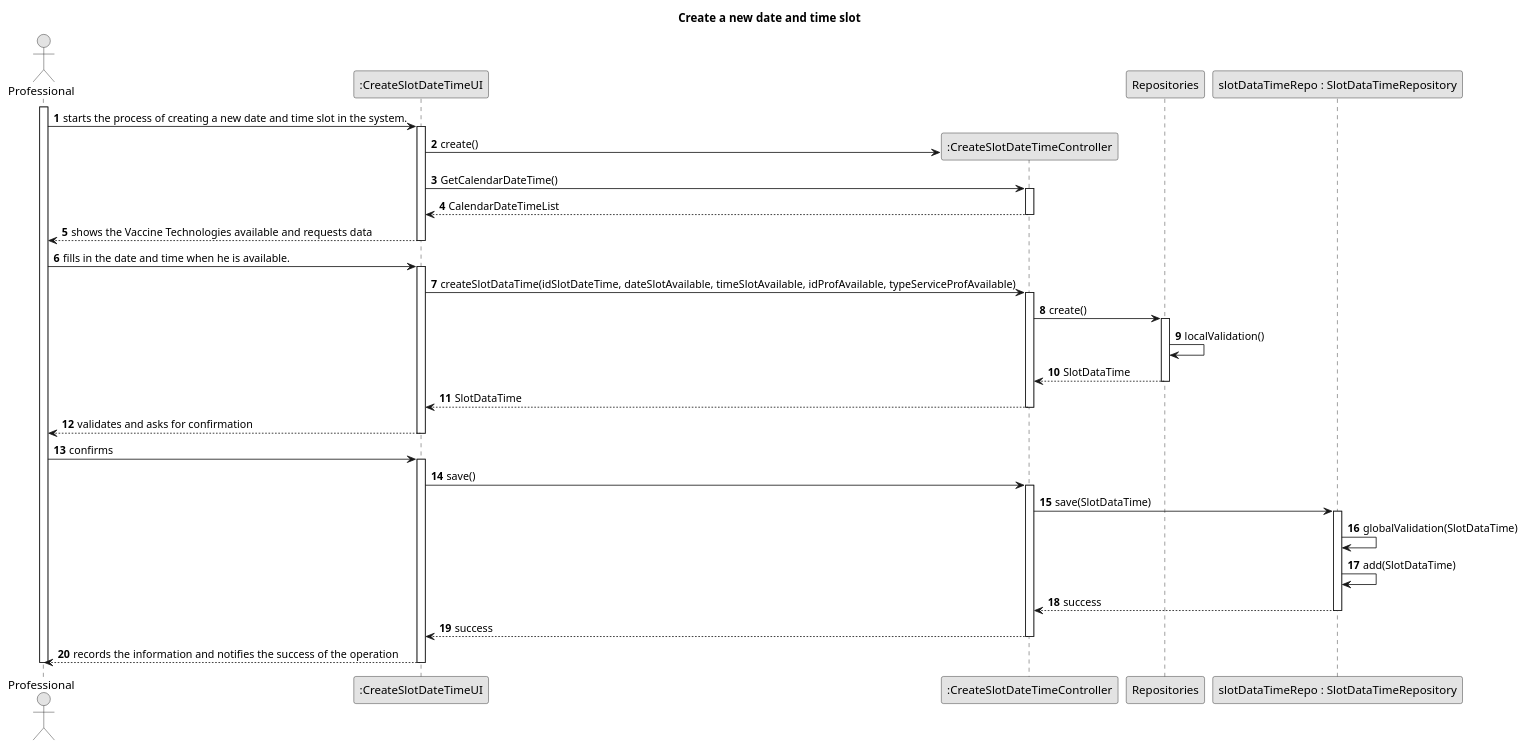
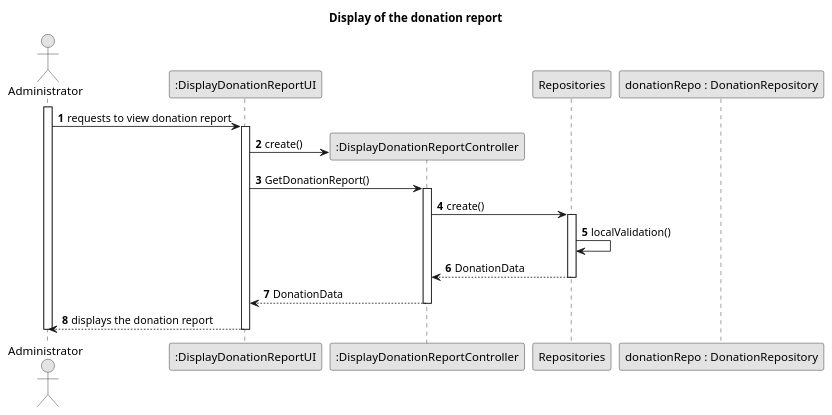
The diagram in javaSprint2GladlyGiven/Docs/UseCases/uc017/design/us017-SD.puml (Chirano/GladlyGiven), drawn with PlantUML before and after one commit. The commit also changed other lines of this file and 106 other files, not shown here.

```diff
--- a/javaSprint2GladlyGiven/Docs/UseCases/uc017/design/us017-SD.puml
+++ b/javaSprint2GladlyGiven/Docs/UseCases/uc017/design/us017-SD.puml
@@ -4,59 +2,36 @@
 @startuml
 skinparam monochrome true
 skinparam packageStyle rectangle
 skinparam shadowing false
 
-title Create a new date and time slot
+title Display of the donation report
 
 autonumber
 
-actor Professional
-participant ":CreateSlotDateTimeUI" as ui
-participant ":CreateSlotDateTimeController" as ctrl
+actor Administrator
+participant ":DisplayDonationReportUI" as ui
+participant ":DisplayDonationReportController" as ctrl
 participant Repositories
-participant "slotDataTimeRepo : SlotDataTimeRepository" as SlotDataTimeRepo
+participant "donationRepo : DonationRepository" as DonationRepo
 
 
-activate Professional
+activate Administrator
 
-    Professional -> ui : starts the process of creating a new date and time slot in the system.
+    Administrator -> ui : requests to view donation report
     activate ui
         ui -> ctrl** : create()
-        ui -> ctrl : GetCalendarDateTime()
-        activate ctrl
-                        ctrl --> ui : CalendarDateTimeList
-            deactivate ctrl
-            ui --> Professional : shows the Vaccine Technologies available and requests data
-    deactivate ui
-
-    Professional -> ui : fills in the date and time when he is available.
-    activate ui
-        ui -> ctrl : createSlotDataTime(idSlotDateTime, dateSlotAvailable, timeSlotAvailable, idProfAvailable, typeServiceProfAvailable)
+        ui -> ctrl : GetDonationReport()
         activate ctrl
             ctrl -> Repositories : create()
             activate Repositories
                 Repositories -> Repositories : localValidation()
-                Repositories --> ctrl : SlotDataTime
+                Repositories --> ctrl : DonationData
             deactivate Repositories
-            ctrl --> ui : SlotDataTime
+            ctrl --> ui : DonationData
         deactivate ctrl
-        ui --> Professional : validates and asks for confirmation
+        ui --> Administrator : displays the donation report
     deactivate ui
 
-    Professional -> ui : confirms
-    activate ui
-        ui -> ctrl : save()
-        activate ctrl
-            ctrl -> SlotDataTimeRepo : save(SlotDataTime)
-            activate SlotDataTimeRepo
-                SlotDataTimeRepo -> SlotDataTimeRepo : globalValidation(SlotDataTime)
-                SlotDataTimeRepo -> SlotDataTimeRepo : add(SlotDataTime)
-                SlotDataTimeRepo --> ctrl : success
-            deactivate SlotDataTimeRepo
-            ctrl --> ui : success
-        deactivate ctrl
-        ui --> Professional : records the information and notifies the success of the operation
-    deactivate ui
-deactivate Professional
+deactivate Administrator
 
 @enduml
```
